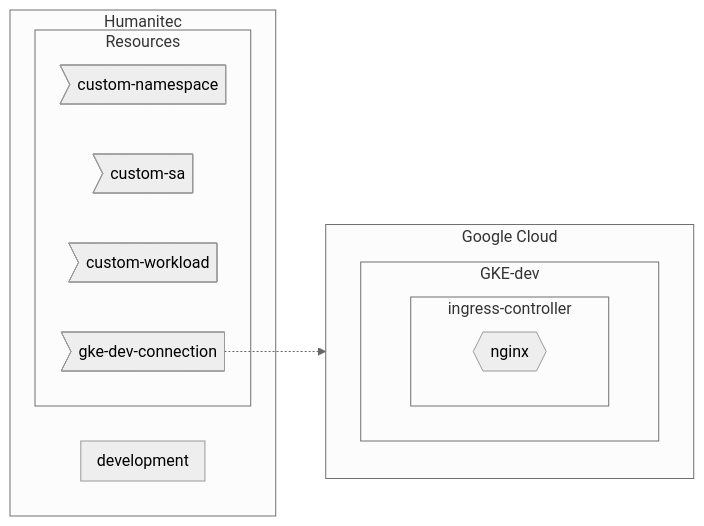
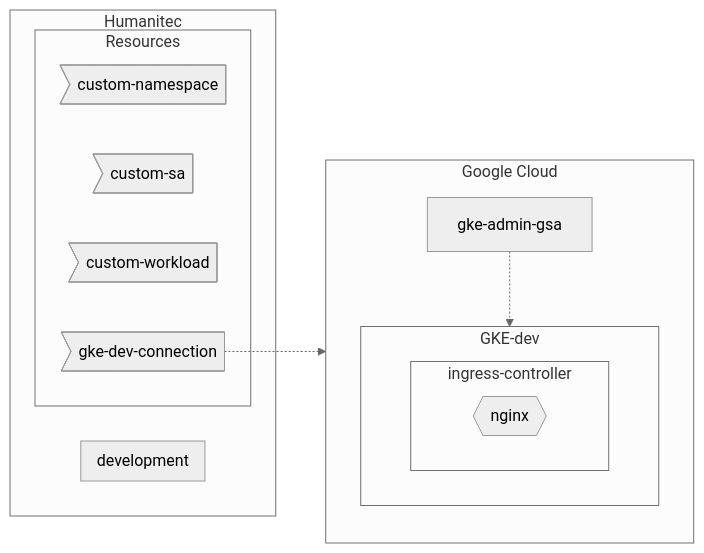
The diagram in docs/gke-setup.md (mathieu-benoit/hello-humanitec), drawn with Mermaid (neutral theme) before and after one commit.

````diff
--- a/docs/gke-setup.md
+++ b/docs/gke-setup.md
@@ -1,22 +1,24 @@
 ```mermaid
 flowchart LR
   subgraph Humanitec
     subgraph development
     end
     subgraph Resources
         custom-namespace>custom-namespace]
         custom-sa>custom-sa]
         custom-workload>custom-workload]
         gke-dev-connection>gke-dev-connection]
     end
   end
   subgraph Google Cloud
     direction TB
+    gke-admin-gsa
     subgraph GKE-dev
         subgraph ingress-controller
             nginx{{nginx}}
         end
     end
-    gke-dev-connection-.->GKE-dev
   end
+  gke-dev-connection-.->gke-admin-gsa
+  gke-admin-gsa-.->GKE-dev
 ```
````
